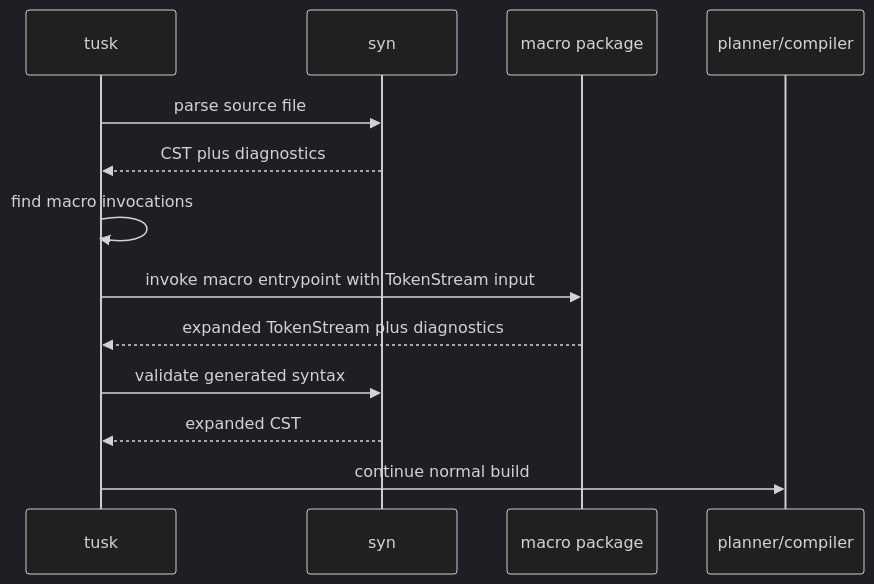
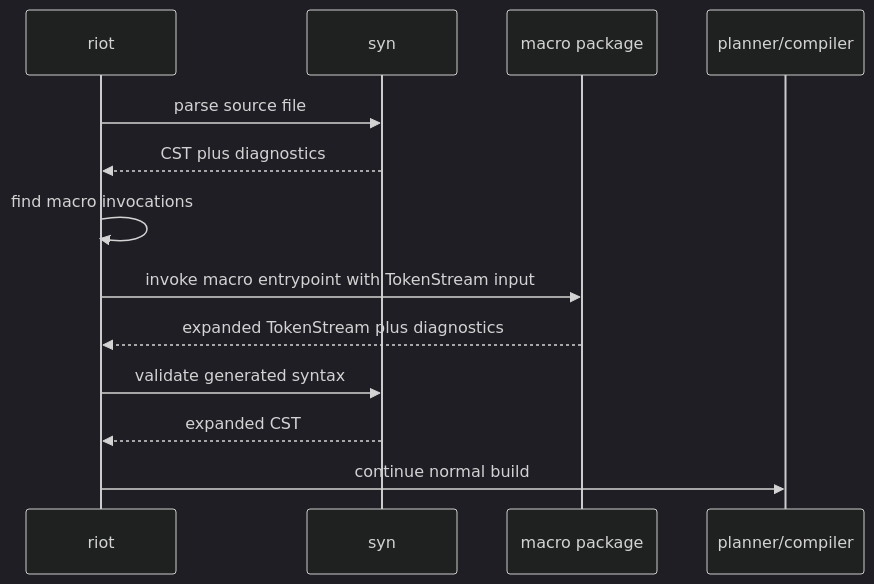
Before and after one commit to leostera/riot-lang: the third of 4 diagrams in docs/rfds/RFD0008-macro.md, drawn with Mermaid (dark theme). The commit also changed other lines of this file and 1272 other files, not shown here.

````diff
--- a/docs/rfds/RFD0008-macro.md
+++ b/docs/rfds/RFD0008-macro.md
@@ -170,16 +170,16 @@
 ```mermaid
 sequenceDiagram
-  participant Tusk as tusk
+  participant Riot as riot
   participant Syn as syn
   participant MacroPkg as macro package
   participant Planner as planner/compiler
 
-  Tusk->>Syn: parse source file
-  Syn-->>Tusk: CST plus diagnostics
-  Tusk->>Tusk: find macro invocations
-  Tusk->>MacroPkg: invoke macro entrypoint with TokenStream input
-  MacroPkg-->>Tusk: expanded TokenStream plus diagnostics
-  Tusk->>Syn: validate generated syntax
-  Syn-->>Tusk: expanded CST
-  Tusk->>Planner: continue normal build
+  Riot->>Syn: parse source file
+  Syn-->>Riot: CST plus diagnostics
+  Riot->>Riot: find macro invocations
+  Riot->>MacroPkg: invoke macro entrypoint with TokenStream input
+  MacroPkg-->>Riot: expanded TokenStream plus diagnostics
+  Riot->>Syn: validate generated syntax
+  Syn-->>Riot: expanded CST
+  Riot->>Planner: continue normal build
 ```
````
